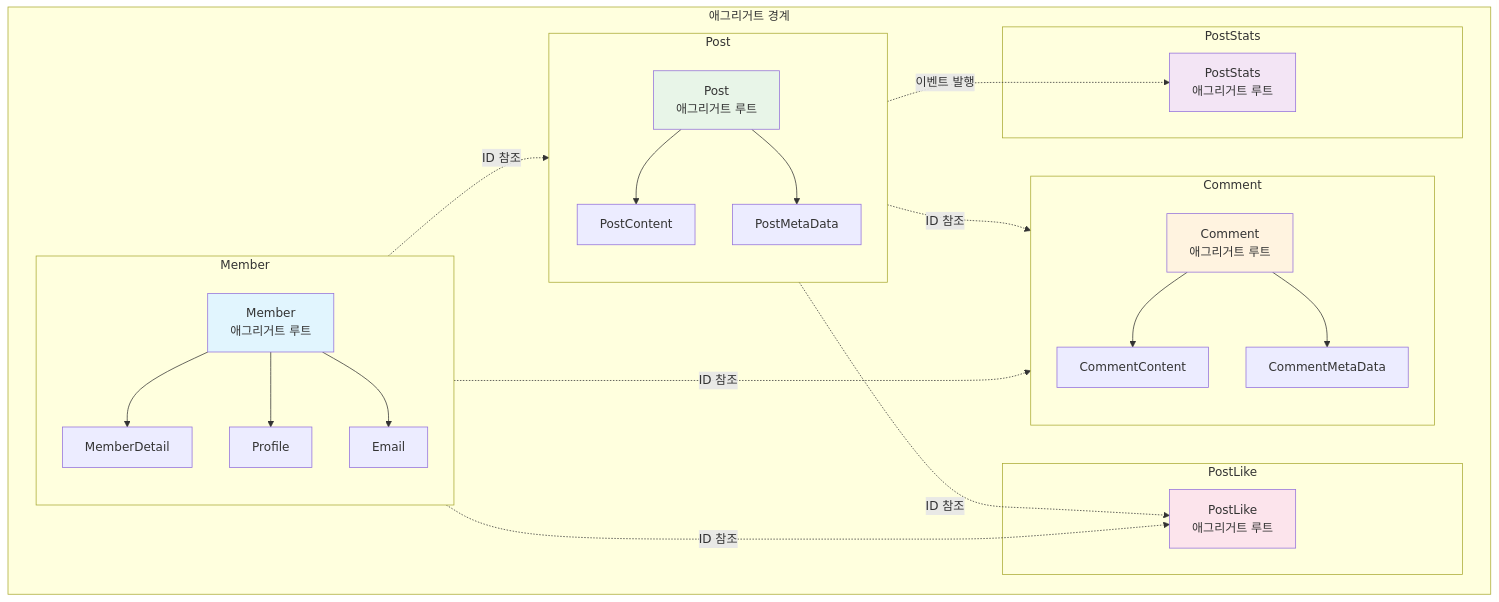
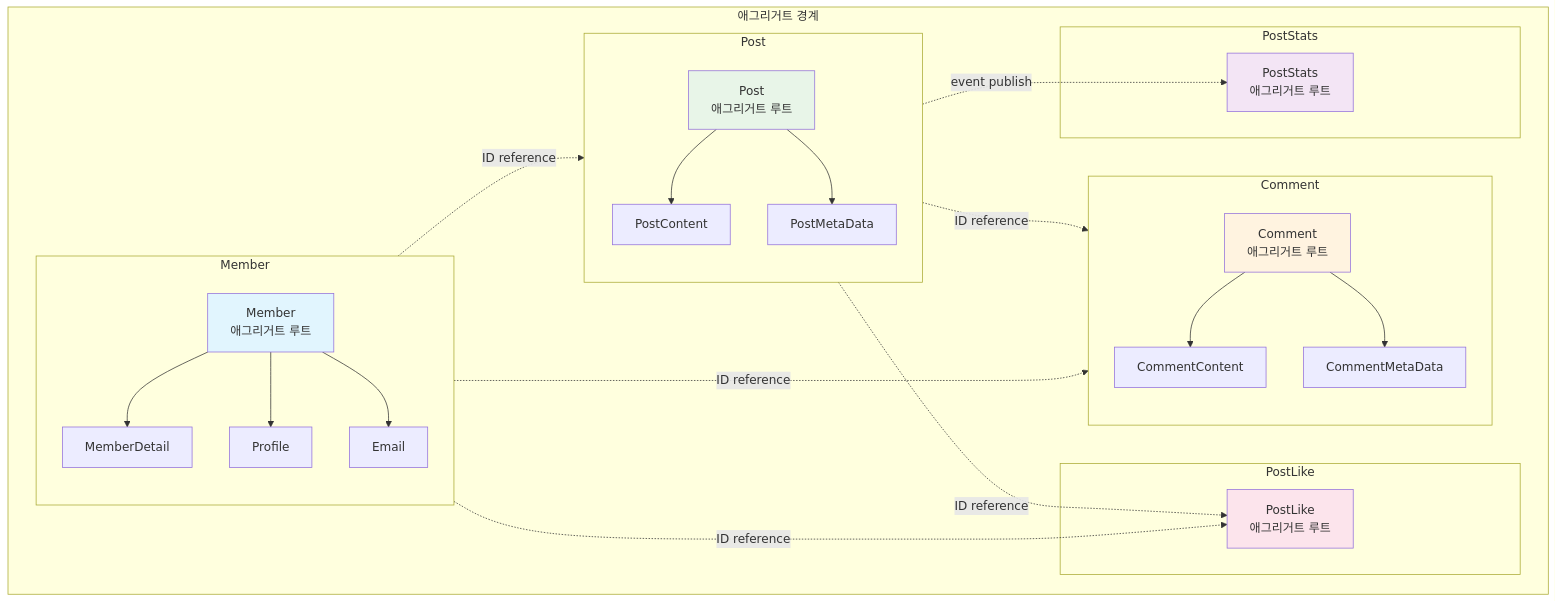
The ninth of 9 diagrams in .docs/도메인 모델 문서.md (see-projects/back), drawn with Mermaid before and after one commit. The commit also changed other lines of this file, not shown here.

First line of the commit message:
docs(domain-model): update terminology and diagram consistency

````diff
--- a/.docs/도메인 모델 문서.md
+++ b/.docs/도메인 모델 문서.md
@@ -445,54 +445,54 @@
 ```mermaid
 graph TB
     subgraph "애그리거트 경계"
         subgraph "Member"
             direction TB
             M[Member<br/>애그리거트 루트]
             MD[MemberDetail]
             P[Profile]
             E[Email]
             M --> MD
             M --> P
             M --> E
         end
         
         subgraph "Post"  
             direction TB
             PO[Post<br/>애그리거트 루트]
             PC[PostContent]
             PM[PostMetaData]
             PO --> PC
             PO --> PM
         end
         
         subgraph "Comment"
             direction TB
             C[Comment<br/>애그리거트 루트]
             CC[CommentContent]
             CM[CommentMetaData]
             C --> CC
             C --> CM
         end
         
         subgraph "PostLike"
             PL[PostLike<br/>애그리거트 루트]
         end
         
         subgraph "PostStats"
             PS[PostStats<br/>애그리거트 루트]
         end
     end
     
-    M -.->|ID 참조| PO
-    PO -.->|ID 참조| C
-    M -.->|ID 참조| C
-    M -.->|ID 참조| PL
-    PO -.->|ID 참조| PL
-    PO -.->|이벤트 발행| PS
+    M -.->|ID reference| PO
+    PO -.->|ID reference| C
+    M -.->|ID reference| C
+    M -.->|ID reference| PL
+    PO -.->|ID reference| PL
+    PO -.->|event publish| PS
     
     style M fill:#e1f5fe
     style PO fill:#e8f5e8
     style C fill:#fff3e0
     style PL fill:#fce4ec
     style PS fill:#f3e5f5
 ```
````
